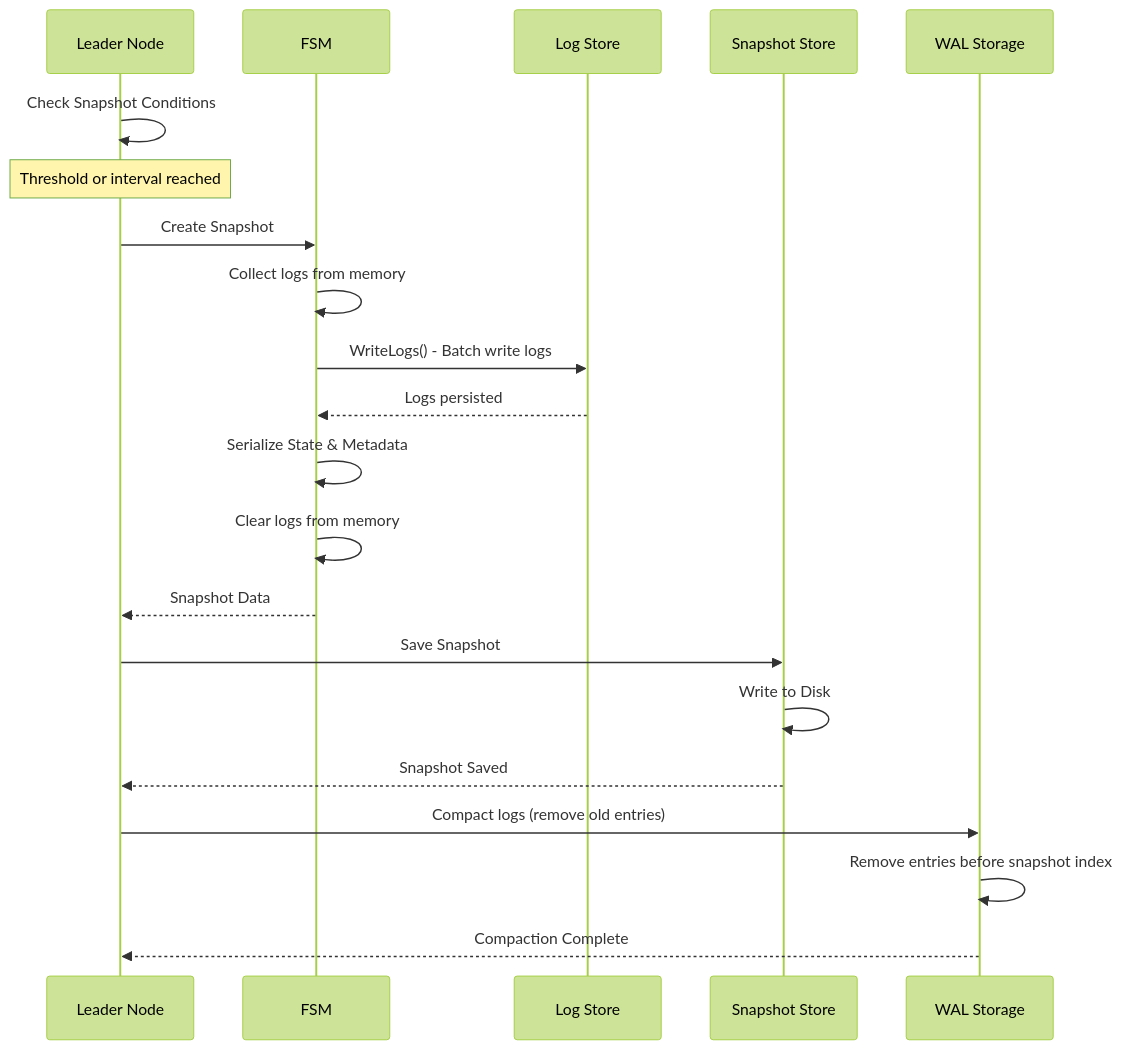
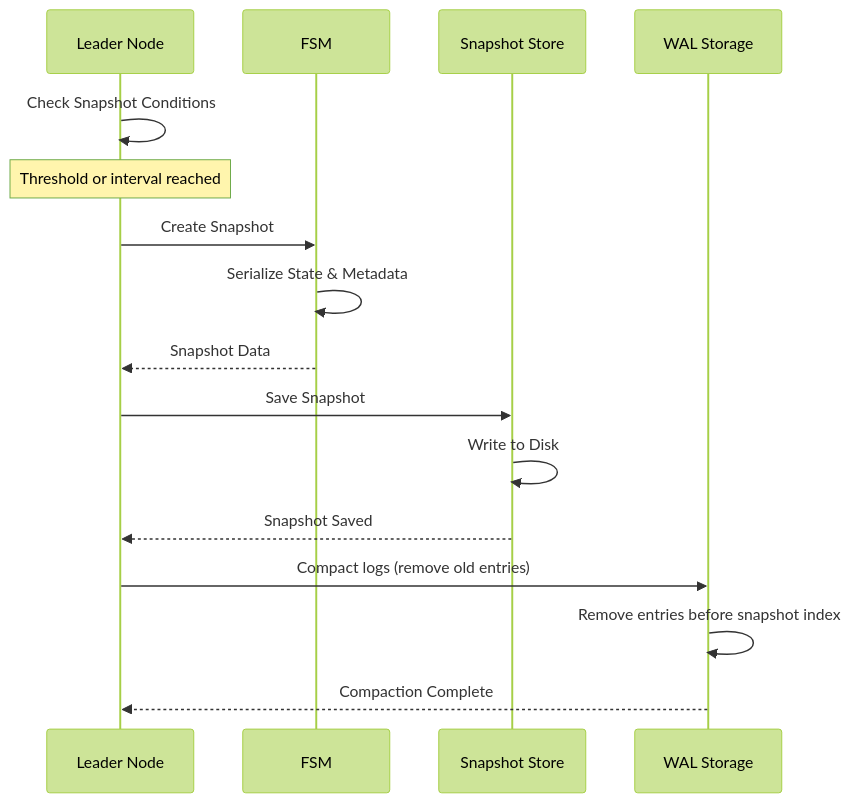
Before and after one commit to formancehq/ledger: the fifth of 7 diagrams in docs/data-flows.md, drawn with Mermaid (forest theme). The commit also changed other lines of this file and 66 other files, not shown here.

````diff
--- a/docs/data-flows.md
+++ b/docs/data-flows.md
@@ -275,27 +274,22 @@
 ```mermaid
 sequenceDiagram
     participant Leader as Leader Node
     participant FSM as FSM
-    participant LogStore as Log Store
     participant SnapshotStore as Snapshot Store
     participant WAL as WAL Storage
     
     Leader->>Leader: Check Snapshot Conditions
     Note over Leader: Threshold or interval reached
     
     Leader->>FSM: Create Snapshot
-    FSM->>FSM: Collect logs from memory
-    FSM->>LogStore: WriteLogs() - Batch write logs
-    LogStore-->>FSM: Logs persisted
     FSM->>FSM: Serialize State & Metadata
-    FSM->>FSM: Clear logs from memory
     FSM-->>Leader: Snapshot Data
     
     Leader->>SnapshotStore: Save Snapshot
     SnapshotStore->>SnapshotStore: Write to Disk
     SnapshotStore-->>Leader: Snapshot Saved
     
     Leader->>WAL: Compact logs (remove old entries)
     WAL->>WAL: Remove entries before snapshot index
     WAL-->>Leader: Compaction Complete
 ```
````
